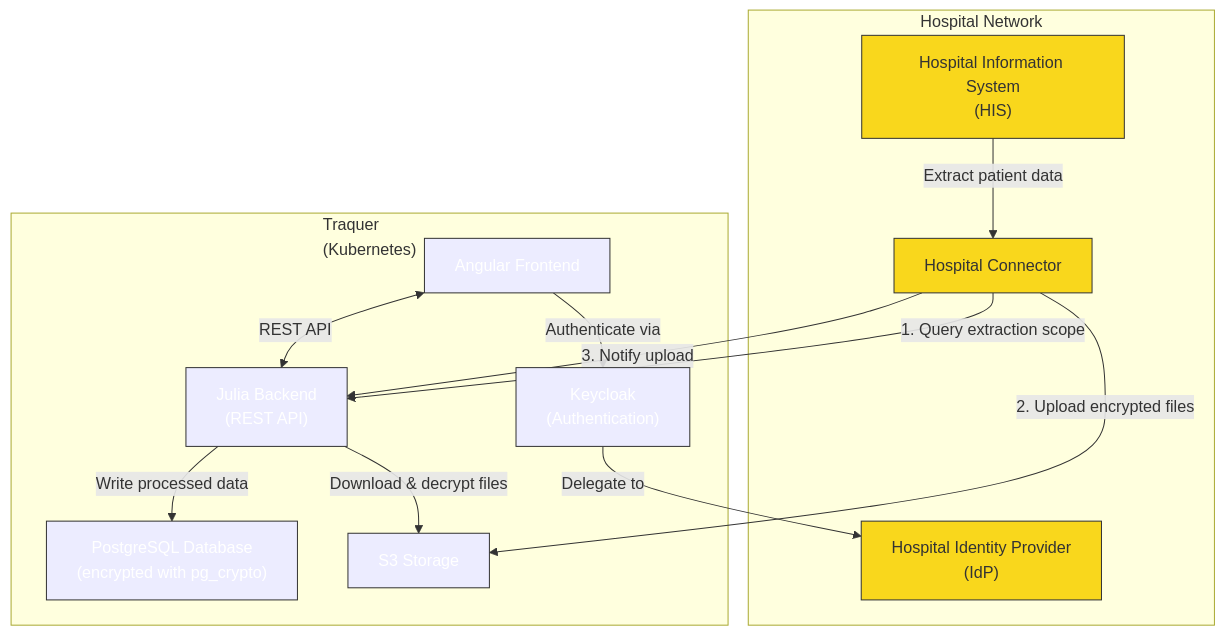
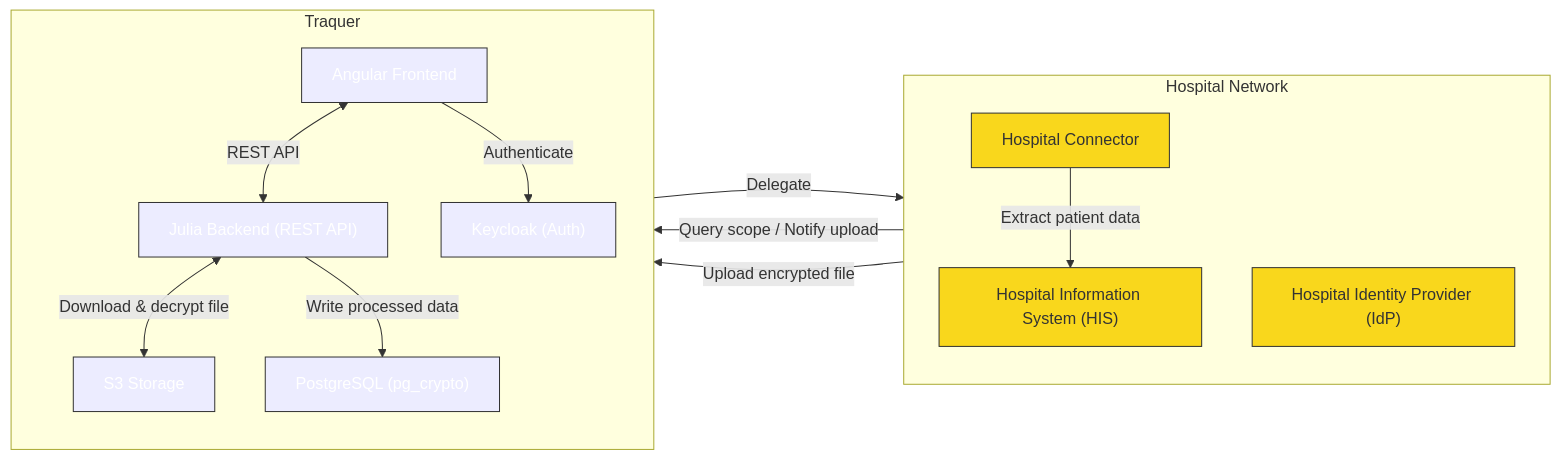
One commit to TRAqueR-BHR/TRAQUER.jl changed the diagram in README.md. Above: the diagram before and after it, drawn with Mermaid.

Commit message:
Update architecture diagram in README.md for improved clarity and flow

````diff
--- a/README.md
+++ b/README.md
@@ -5,36 +5,41 @@
 ```mermaid
-flowchart TB
+flowchart LR
     subgraph Hospital["Hospital Network"]
-        HIS["Hospital Information System<br/>(HIS)"]
+        direction TB
+        HIS["Hospital Information System (HIS)"]
         Connector["Hospital Connector"]
-        IdP["Hospital Identity Provider<br/>(IdP)"]
+        IdP["Hospital Identity Provider (IdP)"]
     end
 
-    subgraph Traquer["Traquer<br/>(Kubernetes)"]
+    subgraph Traquer["Traquer"]
+        direction TB
         Frontend["Angular Frontend"]
-        Backend["Julia Backend<br/>(REST API)"]
-        DB["PostgreSQL Database<br/>(encrypted with pg_crypto)"]
-        Keycloak["Keycloak<br/>(Authentication)"]
+        Backend["Julia Backend (REST API)"]
+        Keycloak["Keycloak (Auth)"]
         S3["S3 Storage"]
+        DB["PostgreSQL (pg_crypto)"]
     end
 
-    %% Data flows
-    HIS -->|Extract patient data| Connector
-    Connector -->|1. Query extraction scope| Backend
-    Connector -->|2. Upload encrypted files| S3
-    Connector -->|3. Notify upload| Backend
-    Backend -->|Download & decrypt files| S3
+    %% Data flows from Connector
+    Connector -->|Query scope / Notify upload| Backend
+    Connector -->|Upload encrypted file| S3
+
+    %% Backend internal flows
+    Backend <-->|Download & decrypt file| S3
     Backend -->|Write processed data| DB
 
-    %% User access
+    %% User flows
     Frontend <-->|REST API| Backend
-    Frontend -->|Authenticate via| Keycloak
-    Keycloak -->|Delegate to| IdP
+    Frontend -->|Authenticate| Keycloak
+    Keycloak -->|Delegate| IdP
+
+    %% HIS to Connector
+    Connector -->|Extract patient data| HIS
 
     %% Styling
     classDef hospital fill:#f9d71c,stroke:#333,color:#333
     classDef traquer fill:#6f,stroke:#333,color:#fff
 
     class HIS,Connector,IdP hospital
-    class Frontend,Backend,DB,Keycloak,S3 traquer
+    class Frontend,Backend,Keycloak,S3,DB traquer
 ```
````
